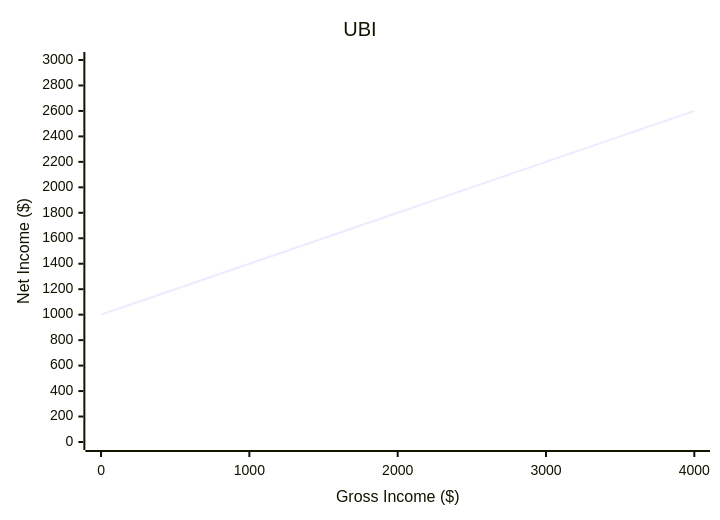
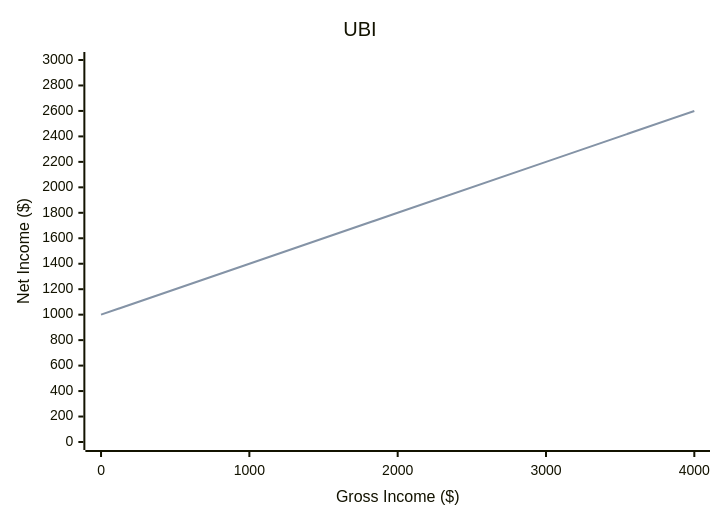
Before and after one commit to sergey-shandar/public: the third of 4 diagrams in notes/economy/justice.md, drawn with Mermaid. The commit also changed other lines of this file, not shown here.

````diff
--- a/notes/economy/justice.md
+++ b/notes/economy/justice.md
@@ -39,7 +40,8 @@
 ```mermaid
 xychart-beta
     title "UBI"
     x-axis "Gross Income ($)" [0, 1000, 2000, 3000, 4000]
     y-axis "Net Income ($)" 0 --> 3000
+    line [0]
     line [1000, 1400, 1800, 2200, 2600]
 ```
````
